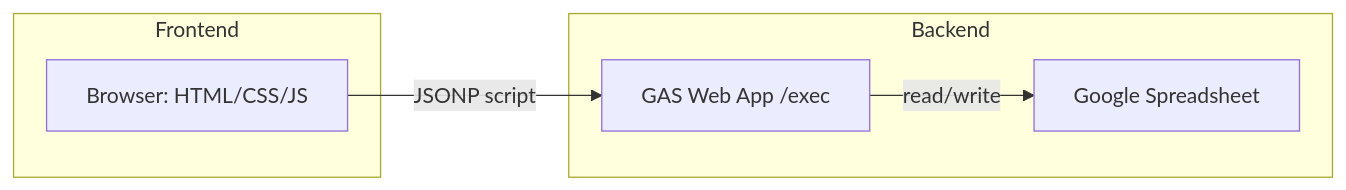
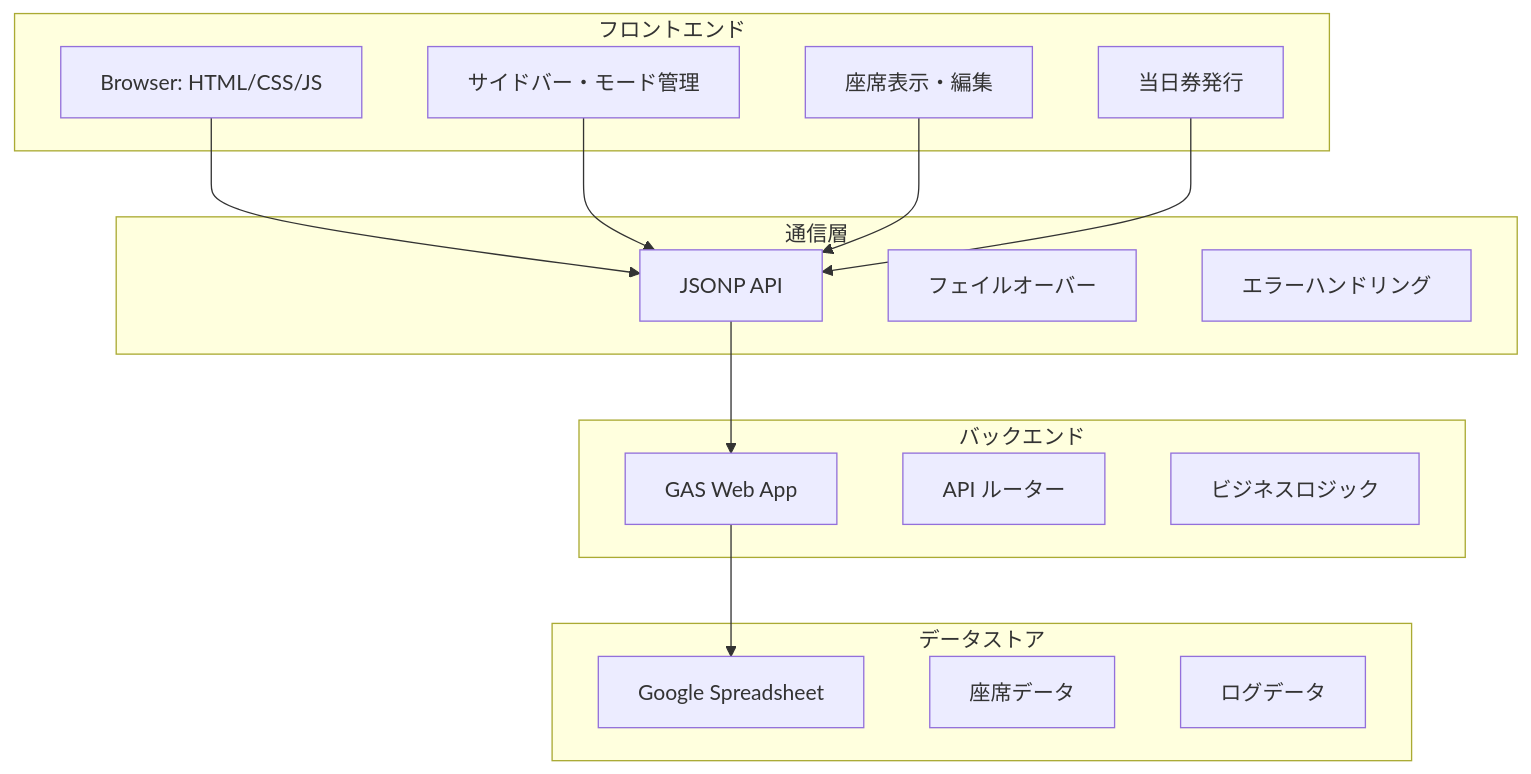
The first of 4 diagrams in README.md (J105588/tickets-test-master), drawn with Mermaid before and after one commit. The commit also changed other lines of this file and 2 other files, not shown here.

````diff
--- a/README.md
+++ b/README.md
@@ -225,12 +330,34 @@
 ```mermaid
-graph LR
-  A[Browser: HTML/CSS/JS] -->|JSONP script| B[GAS Web App /exec]
-  B -->|read/write| C[Google Spreadsheet]
-  subgraph Frontend
-    A
+graph TB
+  subgraph "フロントエンド"
+    A[Browser: HTML/CSS/JS]
+    B[サイドバー・モード管理]
+    C[座席表示・編集]
+    D[当日券発行]
   end
-  subgraph Backend
-    B
-    C
+  
+  subgraph "通信層"
+    E[JSONP API]
+    F[フェイルオーバー]
+    G[エラーハンドリング]
   end
+  
+  subgraph "バックエンド"
+    H[GAS Web App]
+    I[API ルーター]
+    J[ビジネスロジック]
+  end
+  
+  subgraph "データストア"
+    K[Google Spreadsheet]
+    L[座席データ]
+    M[ログデータ]
+  end
+  
+  A --> E
+  E --> H
+  H --> K
+  B --> E
+  C --> E
+  D --> E
 ```
````
